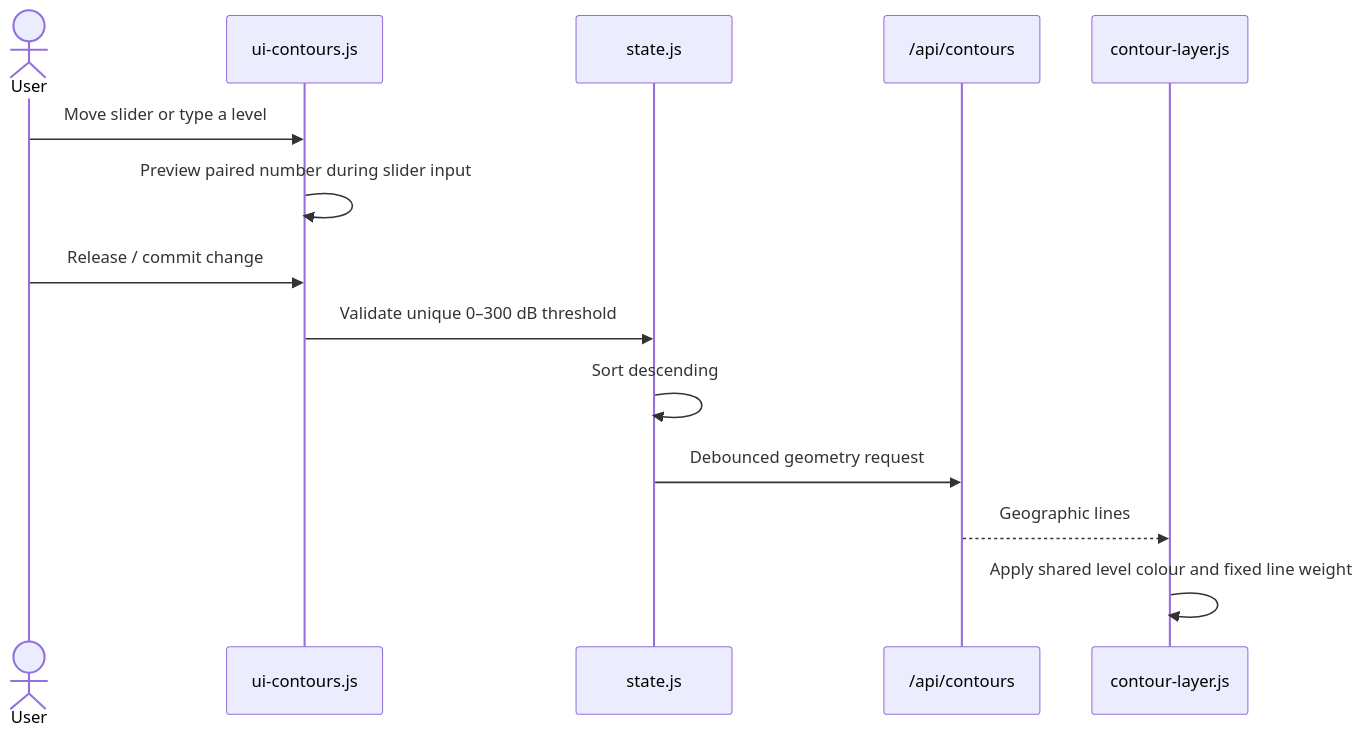
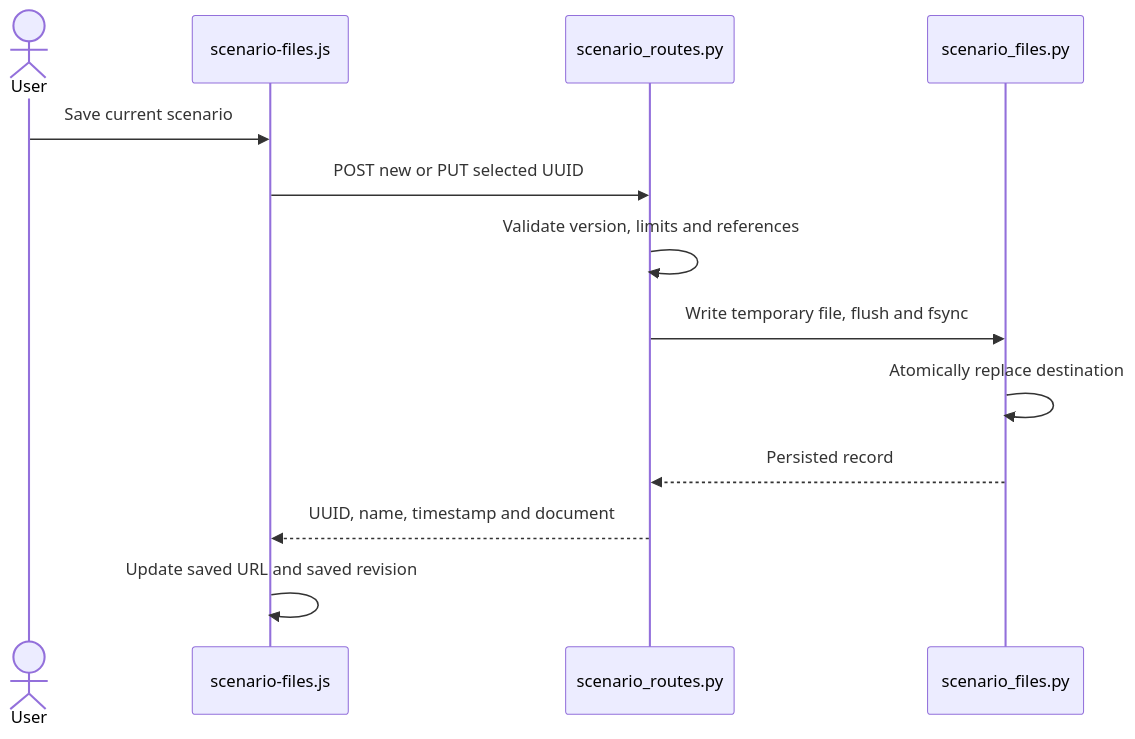
One commit to Jakespitteler/Sound-Model changed the third of 3 diagrams in ARCHITECURE.md. Above: the diagram before and after it, drawn with Mermaid. The commit also changed other lines of this file and 13 other files, not shown here.

Commit message:
docs: separate current guides from historical records and clarify model flows

````diff
--- a/ARCHITECURE.md
+++ b/ARCHITECURE.md
@@ -152,16 +121,15 @@
 ```mermaid
 sequenceDiagram
     actor User
-    participant UI as ui-contours.js
-    participant State as state.js
-    participant API as /api/contours
-    participant Map as contour-layer.js
-    User->>UI: Move slider or type a level
-    UI->>UI: Preview paired number during slider input
-    User->>UI: Release / commit change
-    UI->>State: Validate unique 0–300 dB threshold
-    State->>State: Sort descending
-    State->>API: Debounced geometry request
-    API-->>Map: Geographic lines
-    Map->>Map: Apply shared level colour and fixed line weight
+    participant UI as scenario-files.js
+    participant API as scenario_routes.py
+    participant Disk as scenario_files.py
+    User->>UI: Save current scenario
+    UI->>API: POST new or PUT selected UUID
+    API->>API: Validate version, limits and references
+    API->>Disk: Write temporary file, flush and fsync
+    Disk->>Disk: Atomically replace destination
+    Disk-->>API: Persisted record
+    API-->>UI: UUID, name, timestamp and document
+    UI->>UI: Update saved URL and saved revision
 ```
````
